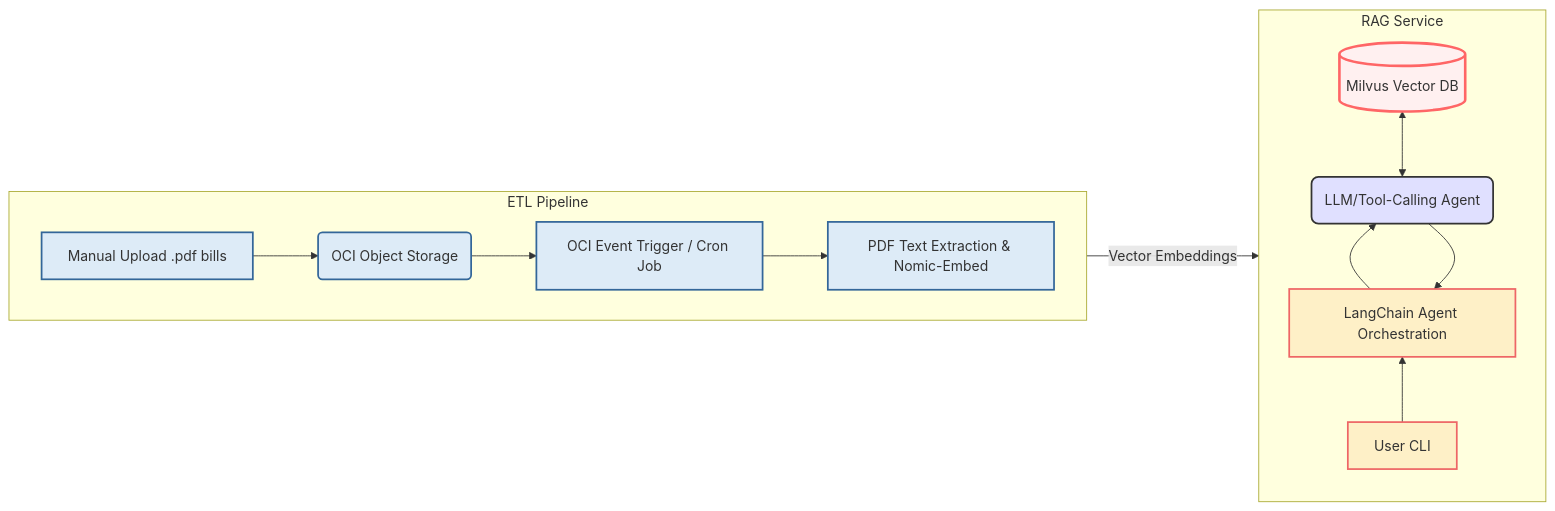
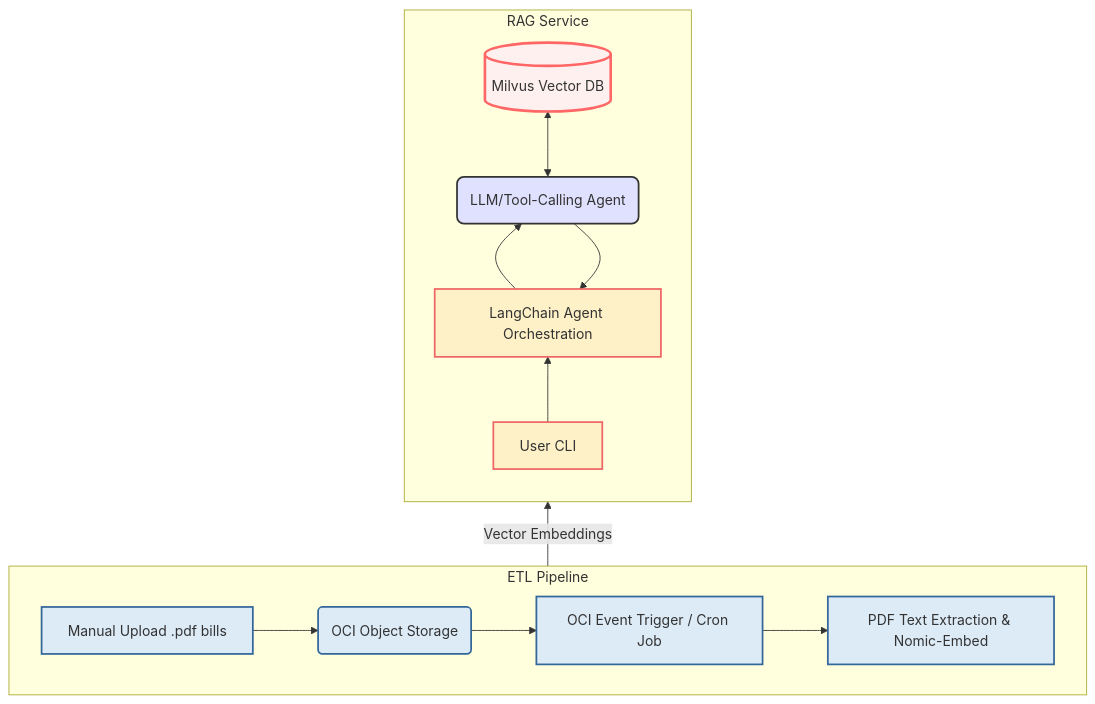
One commit to Alvan-Dmello/Intelligent-Utility-Bill-RAG changed the diagram in README.md. Above: the diagram before and after it, drawn with Mermaid.

````diff
--- a/README.md
+++ b/README.md
@@ -29,79 +29,79 @@
 ```mermaid
 
-graph LR
+graph BT
 
 classDef etl fill:#DDEBF7,stroke:#369,stroke-width:2px;
 
 classDef rag fill:#FEF0C7,stroke:#E66,stroke-width:2px;
 
 classDef db fill:#FCE9E9,stroke:#F00,stroke-width:3px;
 
 classDef interface fill:#E6FFED,stroke:#0A0;
 
 
 
 subgraph ETL Pipeline
 
 direction LR
 
 A[Manual Upload .pdf bills]:::interface
 
 B(OCI Object Storage)
 
 C[OCI Event Trigger / Cron Job]
 
 D[PDF Text Extraction & Nomic-Embed]
 
 
 
 A --> B --> C --> D;
 
 class A,B,C,D etl
 
 end
 
 
 
 subgraph RAG Service
 
 direction BT
 
 F[User CLI]:::interface
 
 I[LangChain Agent Orchestration]
 
 H(LLM/Tool-Calling Agent)
 
 E[(Milvus Vector DB)]:::db
 
 
 
 F --> I;
 
 I --> H;
 
 H <--> E;
 
 H --> I;
 
 
 
 class F,I,H rag
 
 end
 
 
 
 %% Link the two subgraphs
 
 D -- Vector Embeddings --> E;
 
 
 
 %% Explicitly style the DB and Agent for emphasis (optional, can be removed if classes are enough)
 
 style H fill:#E0E0FF,stroke:#333,stroke-width:2px,rx:8px,ry:8px
 
 style E fill:#FFF0F0,stroke:#F66,stroke-width:3px
 
 ```
````
